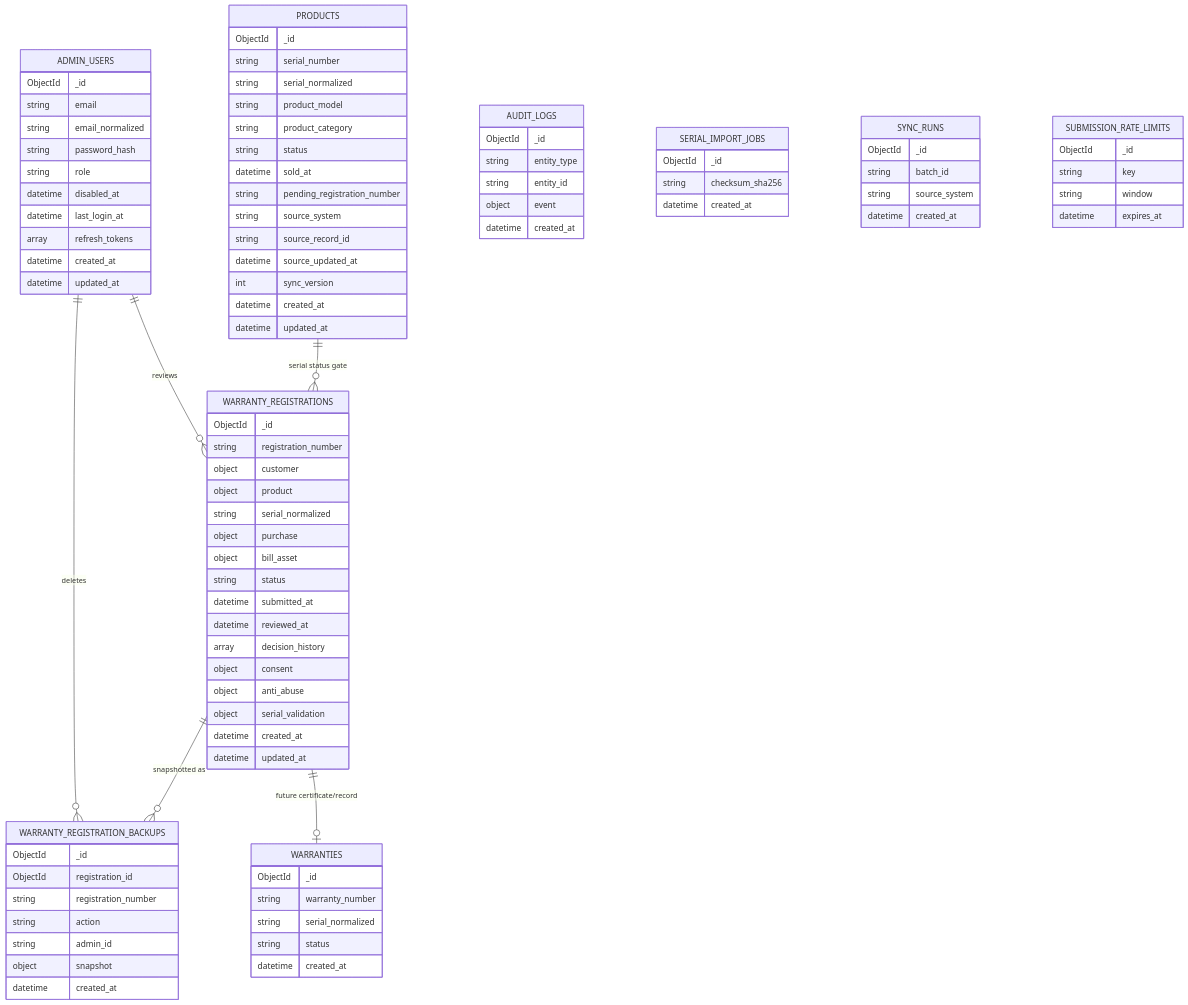
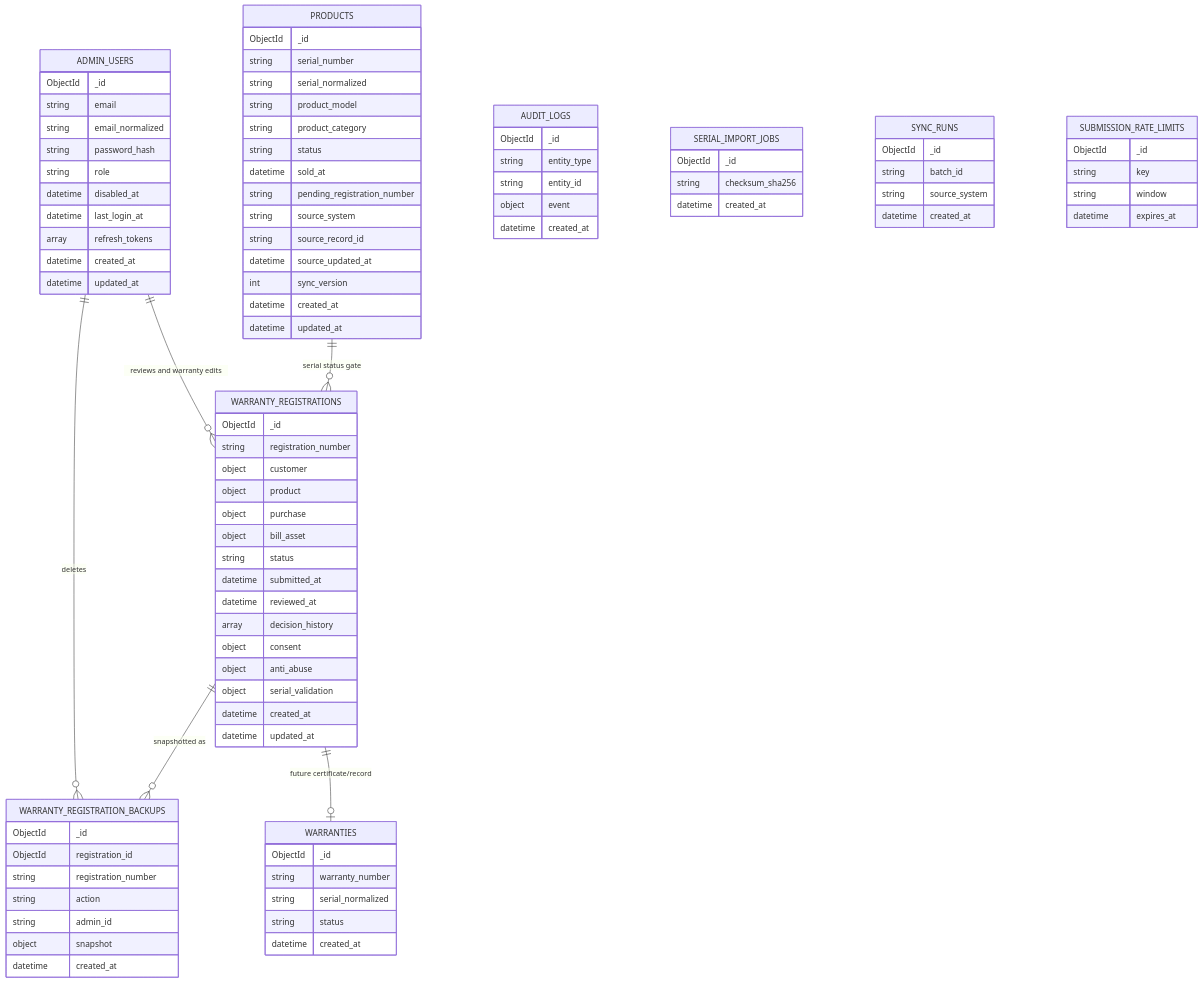
One commit to traicasolutions-pjcts/limac-website changed the fourth of 5 diagrams in docs/LIMAC_WARRANTY_DESIGN_DOCUMENT.md. Above: the diagram before and after it, drawn with Mermaid. The commit also changed other lines of this file and 17 other files, not shown here.

````diff
--- a/docs/LIMAC_WARRANTY_DESIGN_DOCUMENT.md
+++ b/docs/LIMAC_WARRANTY_DESIGN_DOCUMENT.md
@@ -374,7 +410,6 @@
     string registration_number
     object customer
     object product
-    string serial_normalized
     object purchase
     object bill_asset
     string status
@@ -450,6 +485,6 @@
   PRODUCTS ||--o{ WARRANTY_REGISTRATIONS : "serial status gate"
   WARRANTY_REGISTRATIONS ||--o{ WARRANTY_REGISTRATION_BACKUPS : "snapshotted as"
   WARRANTY_REGISTRATIONS ||--o| WARRANTIES : "future certificate/record"
-  ADMIN_USERS ||--o{ WARRANTY_REGISTRATIONS : "reviews"
+  ADMIN_USERS ||--o{ WARRANTY_REGISTRATIONS : "reviews and warranty edits"
   ADMIN_USERS ||--o{ WARRANTY_REGISTRATION_BACKUPS : "deletes"
 ```
````
